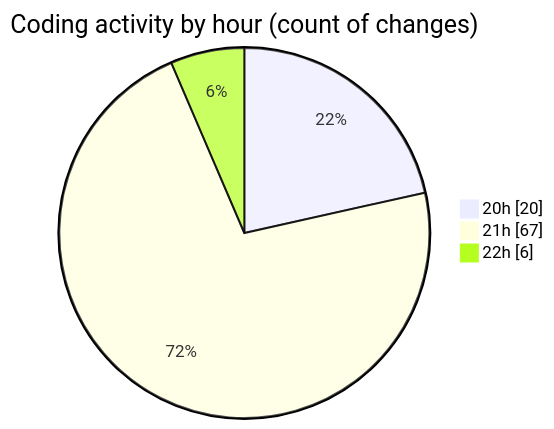
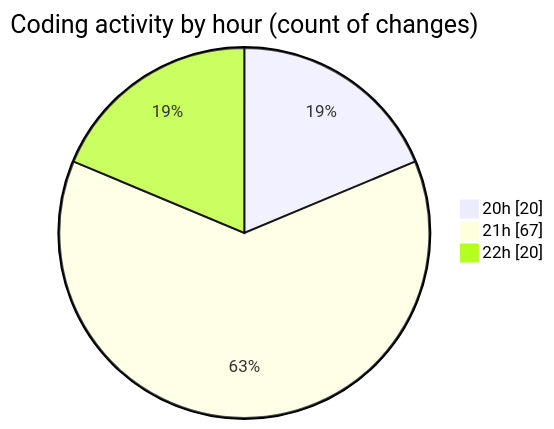
One commit to lephambinh05/code-tracking changed the second of 2 diagrams in 2025-08-19/quytuthien_vn/README.md. Above: the diagram before and after it, drawn with Mermaid. The commit also changed other lines of this file and 1 other file, not shown here.

````diff
--- a/2025-08-19/quytuthien_vn/README.md
+++ b/2025-08-19/quytuthien_vn/README.md
@@ -96,7 +103,7 @@
 ```mermaid
 pie showData
 title Coding activity by hour (count of changes)
 "20h" : 20
 "21h" : 67
-"22h" : 6
+"22h" : 20
 ```
````
